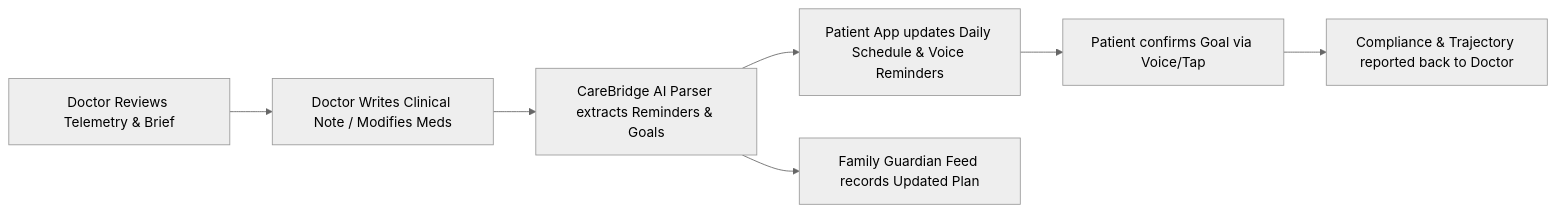
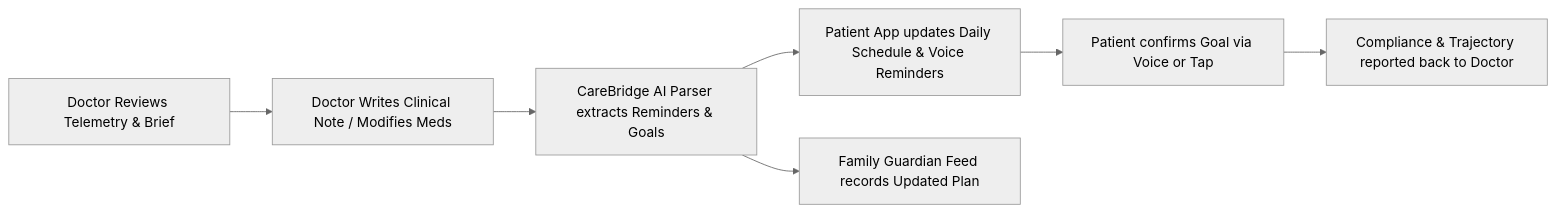
Before and after one commit to Swapnil-Ghosh06/carebridge: the third of 3 diagrams in README.md, drawn with Mermaid (neutral theme). The commit also changed other lines of this file, not shown here.

Commit message:
fix(docs): resolve Mermaid syntax parse errors by escaping labels and quotes

````diff
--- a/README.md
+++ b/README.md
@@ -223,9 +223,9 @@
 ```mermaid
 flowchart LR
-    A[Doctor Reviews Telemetry & Brief] --> B[Doctor Writes Clinical Note / Modifies Meds]
-    B --> C[CareBridge AI Parser extracts Reminders & Goals]
-    C --> D[Patient App updates Daily Schedule & Voice Reminders]
-    C --> E[Family Guardian Feed records Updated Plan]
-    D --> F[Patient confirms Goal via Voice/Tap]
-    F --> G[Compliance & Trajectory reported back to Doctor]
+    A["Doctor Reviews Telemetry & Brief"] --> B["Doctor Writes Clinical Note / Modifies Meds"]
+    B --> C["CareBridge AI Parser extracts Reminders & Goals"]
+    C --> D["Patient App updates Daily Schedule & Voice Reminders"]
+    C --> E["Family Guardian Feed records Updated Plan"]
+    D --> F["Patient confirms Goal via Voice or Tap"]
+    F --> G["Compliance & Trajectory reported back to Doctor"]
 ```
````
